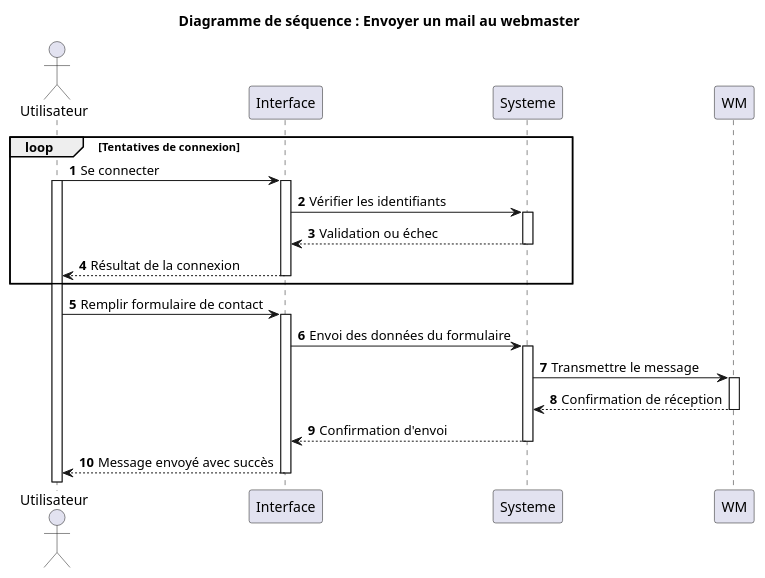
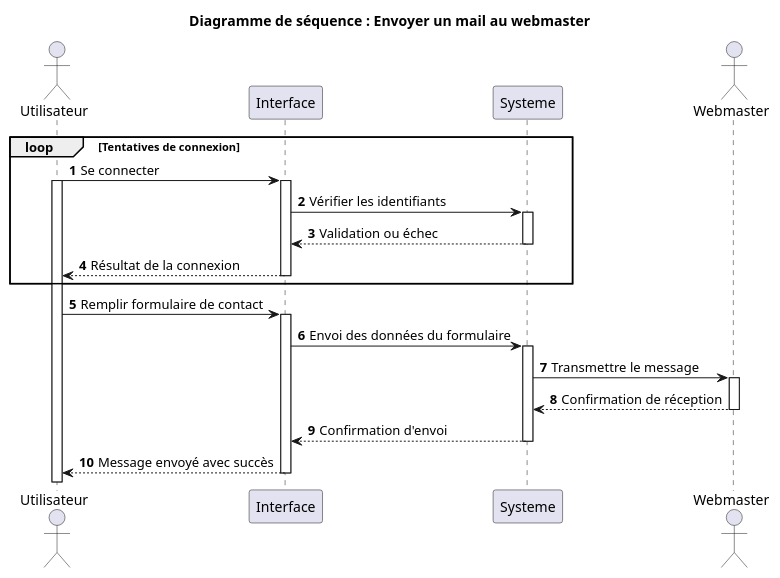
The diagram in Sequence/ContactAndMessagerie.puml (MehediT/BoutiqueLigneAudiovisuels), drawn with PlantUML before and after one commit. The commit also changed 1 other file, not shown here.

```diff
--- a/Sequence/ContactAndMessagerie.puml
+++ b/Sequence/ContactAndMessagerie.puml
@@ -1,33 +1,36 @@
 @startuml
 actor Utilisateur as User
+participant Interface as Interface
+participant Systeme as Systeme
+actor Webmaster as WM
 
 autonumber
 
 title Diagramme de séquence : Envoyer un mail au webmaster
 
 loop Tentatives de connexion
     User -> Interface : Se connecter
     activate User
     activate Interface
     Interface -> Systeme : Vérifier les identifiants
     activate Systeme
     Systeme --> Interface : Validation ou échec
     deactivate Systeme
     Interface --> User : Résultat de la connexion
     deactivate Interface
 end
 
 User -> Interface : Remplir formulaire de contact
 activate Interface
 Interface -> Systeme : Envoi des données du formulaire
 activate Systeme
 Systeme -> WM : Transmettre le message
 activate WM
 WM --> Systeme : Confirmation de réception
 deactivate WM
 Systeme --> Interface : Confirmation d'envoi
 deactivate Systeme
 Interface --> User : Message envoyé avec succès
 deactivate Interface
 
 @enduml
```
